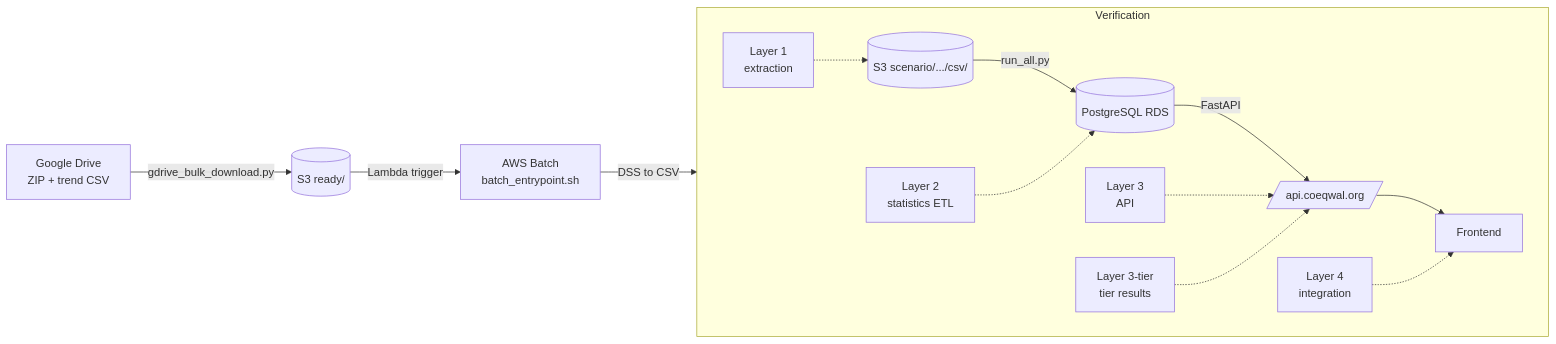
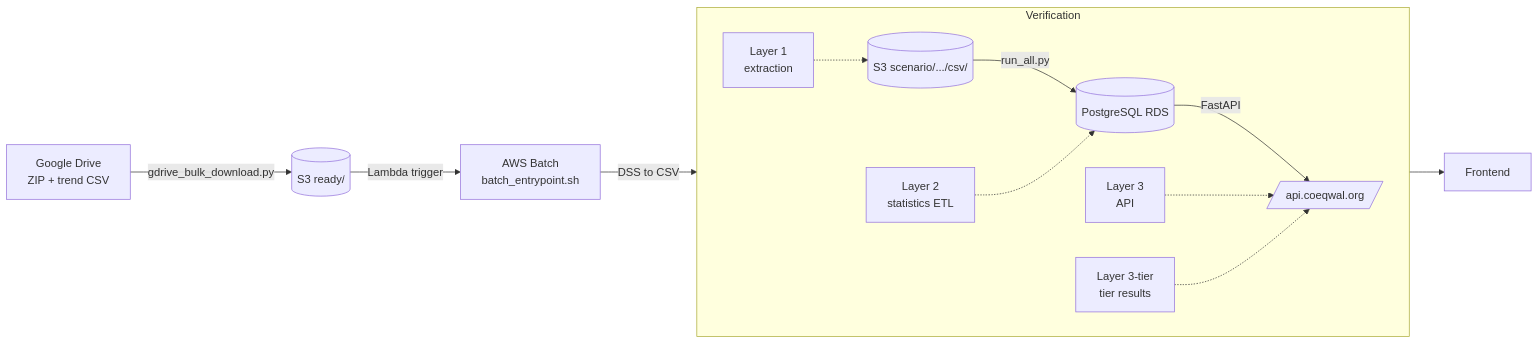
The diagram in etl/verification/README.md (berkeley-gif/coeqwal-data-platform), drawn with Mermaid before and after one commit. The commit also changed other lines of this file and 28 other files, not shown here.

````diff
--- a/etl/verification/README.md
+++ b/etl/verification/README.md
@@ -37,18 +91,17 @@
 ```mermaid
 flowchart LR
   GD[Google Drive<br/>ZIP + trend CSV] -->|gdrive_bulk_download.py| S3IN[(S3 ready/)]
   S3IN -->|Lambda trigger| BATCH[AWS Batch<br/>batch_entrypoint.sh]
   BATCH -->|DSS to CSV| S3OUT[(S3 scenario/.../csv/)]
   S3OUT -->|run_all.py| RDS[(PostgreSQL RDS)]
   RDS -->|FastAPI| API[/api.coeqwal.org/]
   API --> FE[Frontend]
 
   subgraph Verification
     direction LR
     L1[Layer 1<br/>extraction] -.-> S3OUT
     L2[Layer 2<br/>statistics ETL] -.-> RDS
     L3[Layer 3<br/>API] -.-> API
     L3T[Layer 3-tier<br/>tier results] -.-> API
-    L4[Layer 4<br/>integration] -.-> FE
   end
 ```
````
